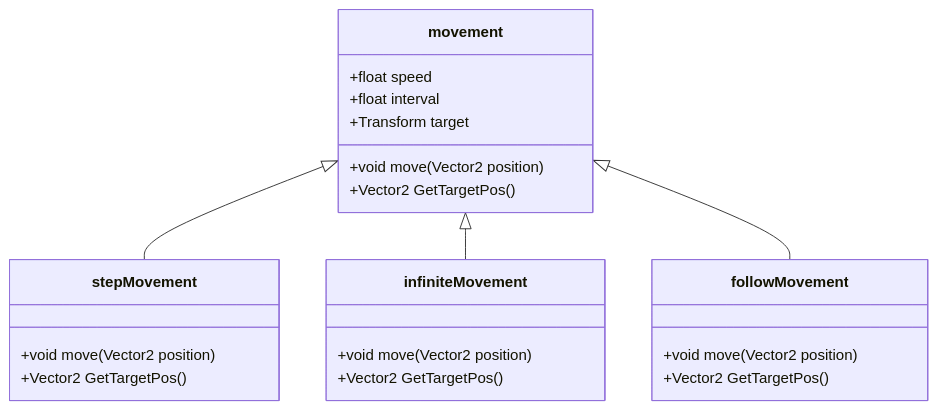
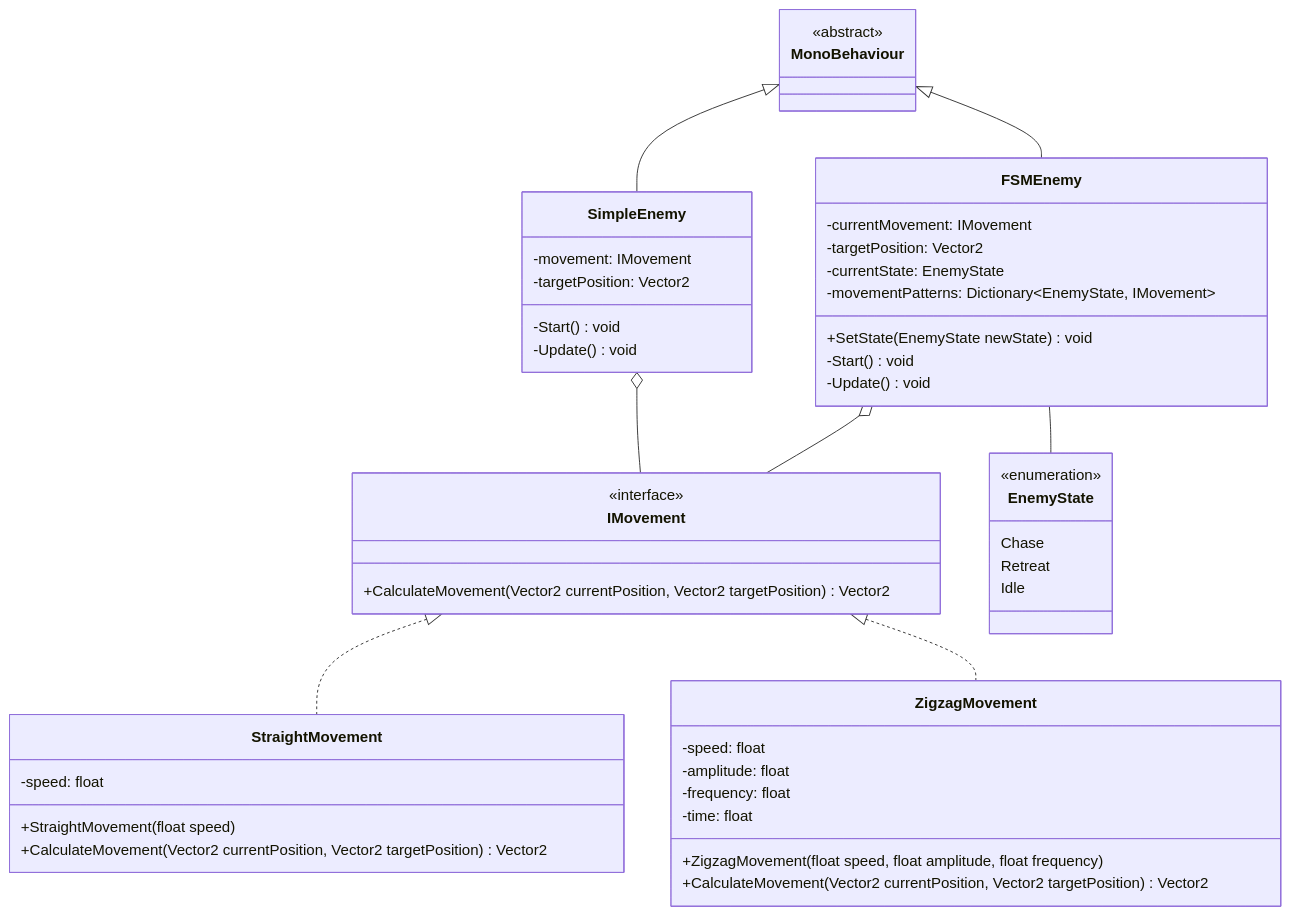
Before and after one commit to highlow12/Obsidian: the diagram in 1. 프로젝트/게임 개발 UML 예시.md, drawn with Mermaid.

Commit message:
vault backup: 2024-10-21 00:22:03

````diff
--- a/1. 프로젝트/게임 개발 UML 예시.md
+++ b/1. 프로젝트/게임 개발 UML 예시.md
@@ -2,30 +1,58 @@
 ```mermaid
 classDiagram
-    class movement {
-        +float speed
-        +float interval
-        +void move(Vector2 position)
-        +Transform target
-        +Vector2 GetTargetPos()
+    class IMovement {
+        <<interface>>
+        +CalculateMovement(Vector2 currentPosition, Vector2 targetPosition) Vector2
     }
 
-    class stepMovement {
-        +void move(Vector2 position)
-        +Vector2 GetTargetPos()
+    class StraightMovement {
+        -speed: float
+        +StraightMovement(float speed)
+        +CalculateMovement(Vector2 currentPosition, Vector2 targetPosition) Vector2
     }
 
-    class infiniteMovement {
-        +void move(Vector2 position)
-        +Vector2 GetTargetPos()
+    class ZigzagMovement {
+        -speed: float
+        -amplitude: float
+        -frequency: float
+        -time: float
+        +ZigzagMovement(float speed, float amplitude, float frequency)
+        +CalculateMovement(Vector2 currentPosition, Vector2 targetPosition) Vector2
     }
 
-    class followMovement {
-        +void move(Vector2 position)
-        +Vector2 GetTargetPos()
+    class FSMEnemy {
+        -currentMovement: IMovement
+        -targetPosition: Vector2
+        -currentState: EnemyState
+        -movementPatterns: Dictionary~EnemyState, IMovement~
+        +SetState(EnemyState newState) void
+        -Start() void
+        -Update() void
     }
 
-    movement <|-- stepMovement
-    movement <|-- infiniteMovement
-    movement <|-- followMovement
+    class SimpleEnemy {
+        -movement: IMovement
+        -targetPosition: Vector2
+        -Start() void
+        -Update() void
+    }
 
+    class MonoBehaviour {
+        <<abstract>>
+    }
+
+    class EnemyState {
+        <<enumeration>>
+        Chase
+        Retreat
+        Idle
+    }
+
+    IMovement <|.. StraightMovement
+    IMovement <|.. ZigzagMovement
+    MonoBehaviour <|-- FSMEnemy
+    MonoBehaviour <|-- SimpleEnemy
+    FSMEnemy o-- IMovement
+    SimpleEnemy o-- IMovement
+    FSMEnemy -- EnemyState
 ```
````
